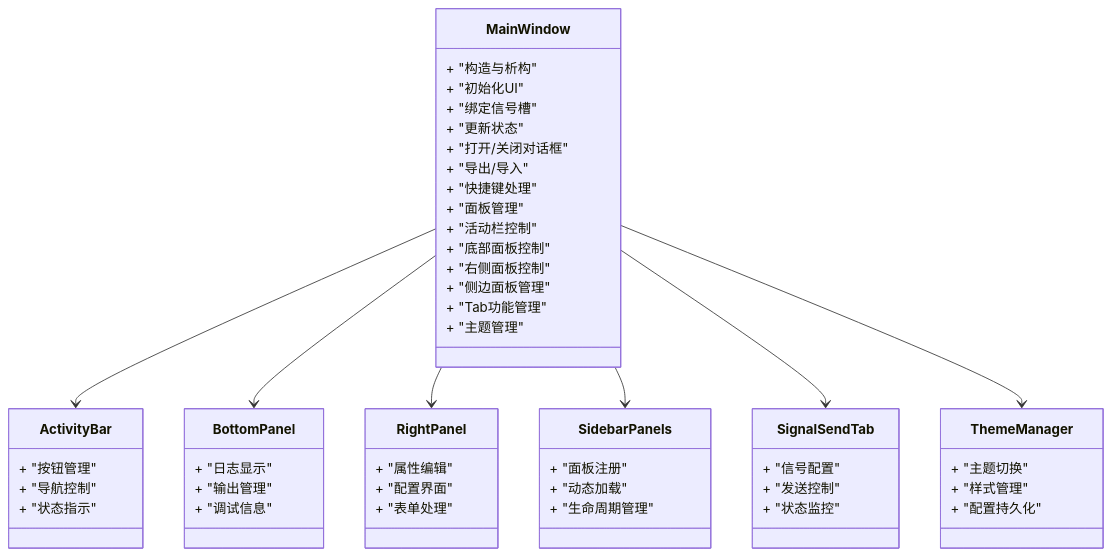
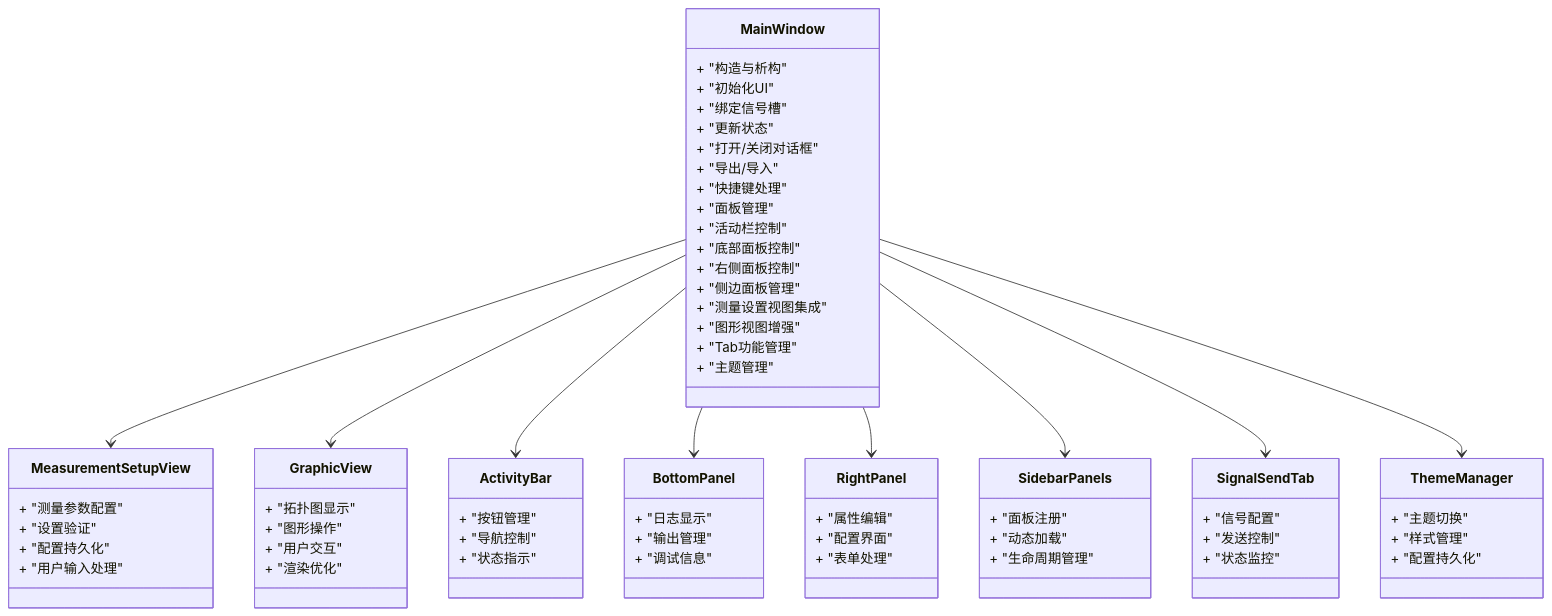
Before and after one commit to jakecai1225-design/OpenBus: the third of 4 diagrams in .qoder/repowiki/zh/content/架构设计/主窗口组件架构.md, drawn with Mermaid. The commit also changed other lines of this file and 31 other files, not shown here.

````diff
--- a/.qoder/repowiki/zh/content/架构设计/主窗口组件架构.md
+++ b/.qoder/repowiki/zh/content/架构设计/主窗口组件架构.md
@@ -192,55 +216,71 @@
 ```mermaid
 classDiagram
 class MainWindow {
 + "构造与析构"
 + "初始化UI"
 + "绑定信号槽"
 + "更新状态"
 + "打开/关闭对话框"
 + "导出/导入"
 + "快捷键处理"
 + "面板管理"
 + "活动栏控制"
 + "底部面板控制"
 + "右侧面板控制"
 + "侧边面板管理"
++ "测量设置视图集成"
++ "图形视图增强"
 + "Tab功能管理"
 + "主题管理"
+}
+class MeasurementSetupView {
++ "测量参数配置"
++ "设置验证"
++ "配置持久化"
++ "用户输入处理"
+}
+class GraphicView {
++ "拓扑图显示"
++ "图形操作"
++ "用户交互"
++ "渲染优化"
 }
 class ActivityBar {
 + "按钮管理"
 + "导航控制"
 + "状态指示"
 }
 class BottomPanel {
 + "日志显示"
 + "输出管理"
 + "调试信息"
 }
 class RightPanel {
 + "属性编辑"
 + "配置界面"
 + "表单处理"
 }
 class SidebarPanels {
 + "面板注册"
 + "动态加载"
 + "生命周期管理"
 }
 class SignalSendTab {
 + "信号配置"
 + "发送控制"
 + "状态监控"
 }
 class ThemeManager {
 + "主题切换"
 + "样式管理"
 + "配置持久化"
 }
+MainWindow --> MeasurementSetupView
+MainWindow --> GraphicView
 MainWindow --> ActivityBar
 MainWindow --> BottomPanel
 MainWindow --> RightPanel
 MainWindow --> SidebarPanels
 MainWindow --> SignalSendTab
 MainWindow --> ThemeManager
 ```
````
